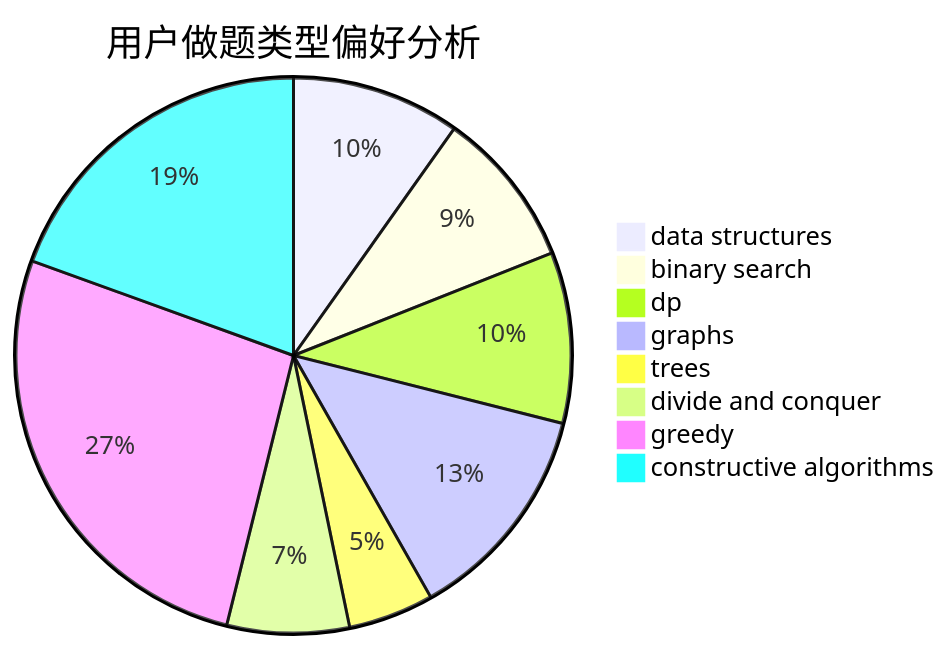
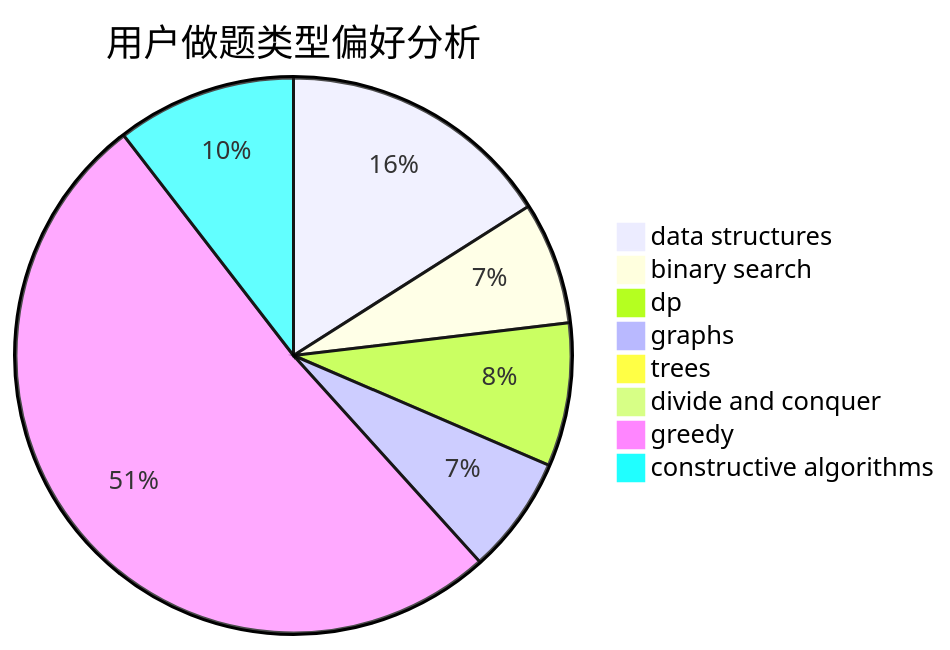
Before and after one commit to sherpahu/cfrs.github.io: the second of 3 diagrams in docs/user/u160.md, drawn with Mermaid. The commit also changed other lines of this file and 2770 other files, not shown here.

````diff
--- a/docs/user/u160.md
+++ b/docs/user/u160.md
@@ -23,11 +23,11 @@
 ```mermaid
 pie title 用户做题类型偏好分析
-    "data structures" :  142
-    "binary search" :  133
-    "dp" :  144
-    "graphs" :  186
-    "trees" :  72
-    "divide and conquer" :  103
-    "greedy" :  386
-    "constructive algorithms" :  282
+    "data structures" :  182
+    "binary search" :  81
+    "dp" :  95
+    "graphs" :  78
+    "trees" :  6
+    "divide and conquer" :  0
+    "greedy" :  583
+    "constructive algorithms" :  119
 ```
````
